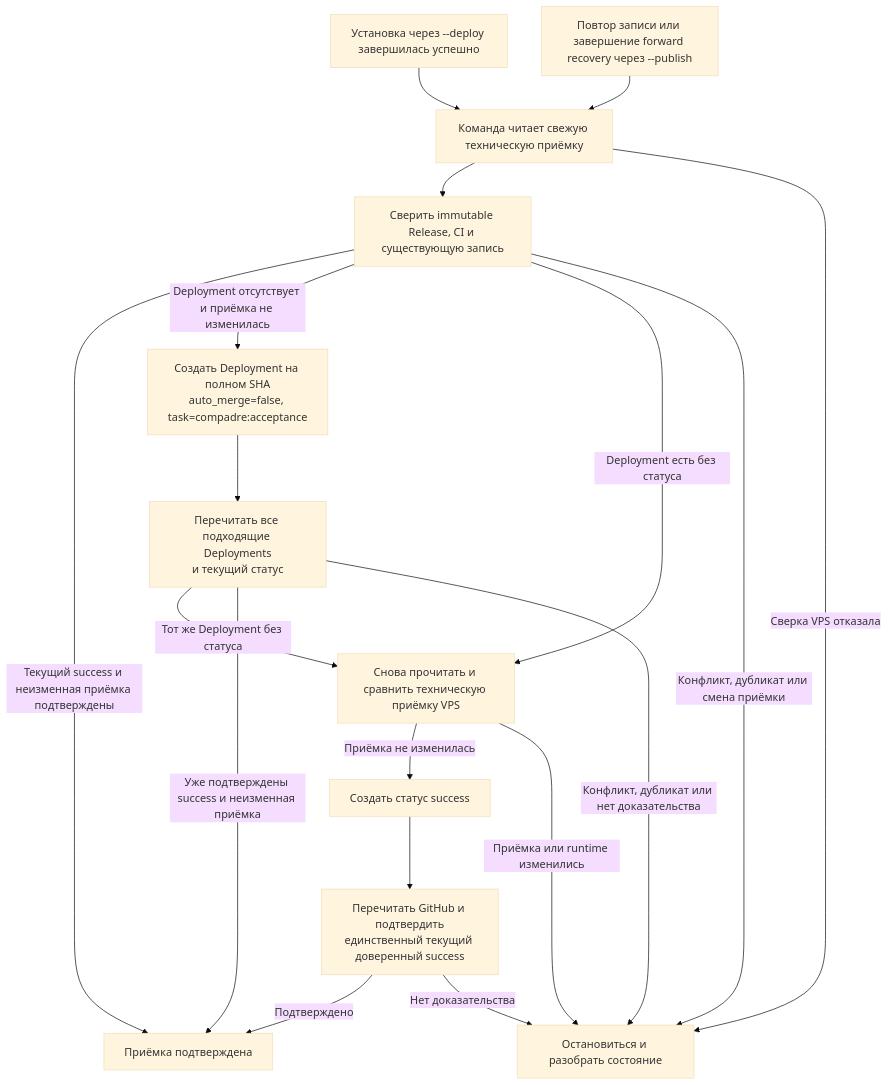
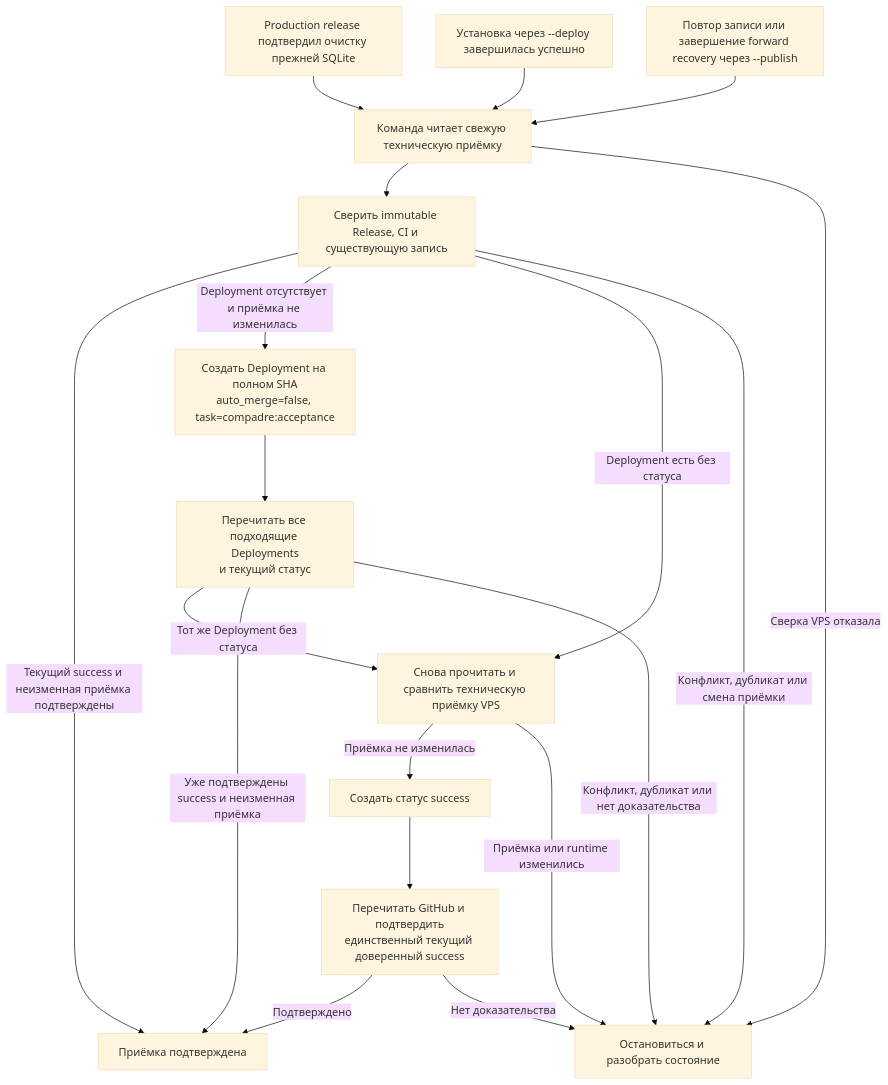
Before and after one commit to karateka-git/compadre-assistant: the second of 7 diagrams in docs/release-ci-admission/CI_AND_DEPLOY.md, drawn with Mermaid (base theme). The commit also changed other lines of this file and 10 other files, not shown here.

````diff
--- a/docs/release-ci-admission/CI_AND_DEPLOY.md
+++ b/docs/release-ci-admission/CI_AND_DEPLOY.md
@@ -146,20 +146,21 @@
 ```mermaid
 flowchart TD
+    WORKFLOW["Production release подтвердил очистку прежней SQLite"] --> READ
     DEPLOY["Установка через --deploy завершилась успешно"] --> READ
     PUBLISH["Повтор записи или завершение forward recovery через --publish"] --> READ
     READ["Команда читает свежую техническую приёмку"] --> CHECK["Сверить immutable Release, CI и существующую запись"]
     READ -->|Сверка VPS отказала| STOP["Остановиться и разобрать состояние"]
     CHECK -->|Текущий success и неизменная приёмка подтверждены| DONE["Приёмка подтверждена"]
     CHECK -->|Deployment отсутствует и приёмка не изменилась| CREATE["Создать Deployment на полном SHA<br/>auto_merge=false, task=compadre:acceptance"]
     CREATE --> REREAD["Перечитать все подходящие Deployments<br/>и текущий статус"]
     CHECK -->|Deployment есть без статуса| REVERIFY["Снова прочитать и сравнить техническую приёмку VPS"]
     REREAD -->|Тот же Deployment без статуса| REVERIFY
     REVERIFY -->|Приёмка не изменилась| STATUS["Создать статус success"]
     REVERIFY -->|Приёмка или runtime изменились| STOP
     STATUS --> FINAL["Перечитать GitHub и подтвердить<br/>единственный текущий доверенный success"]
     REREAD -->|Уже подтверждены success и неизменная приёмка| DONE
     FINAL -->|Подтверждено| DONE
     CHECK -->|Конфликт, дубликат или смена приёмки| STOP
     REREAD -->|Конфликт, дубликат или нет доказательства| STOP
     FINAL -->|Нет доказательства| STOP
 ```
````
